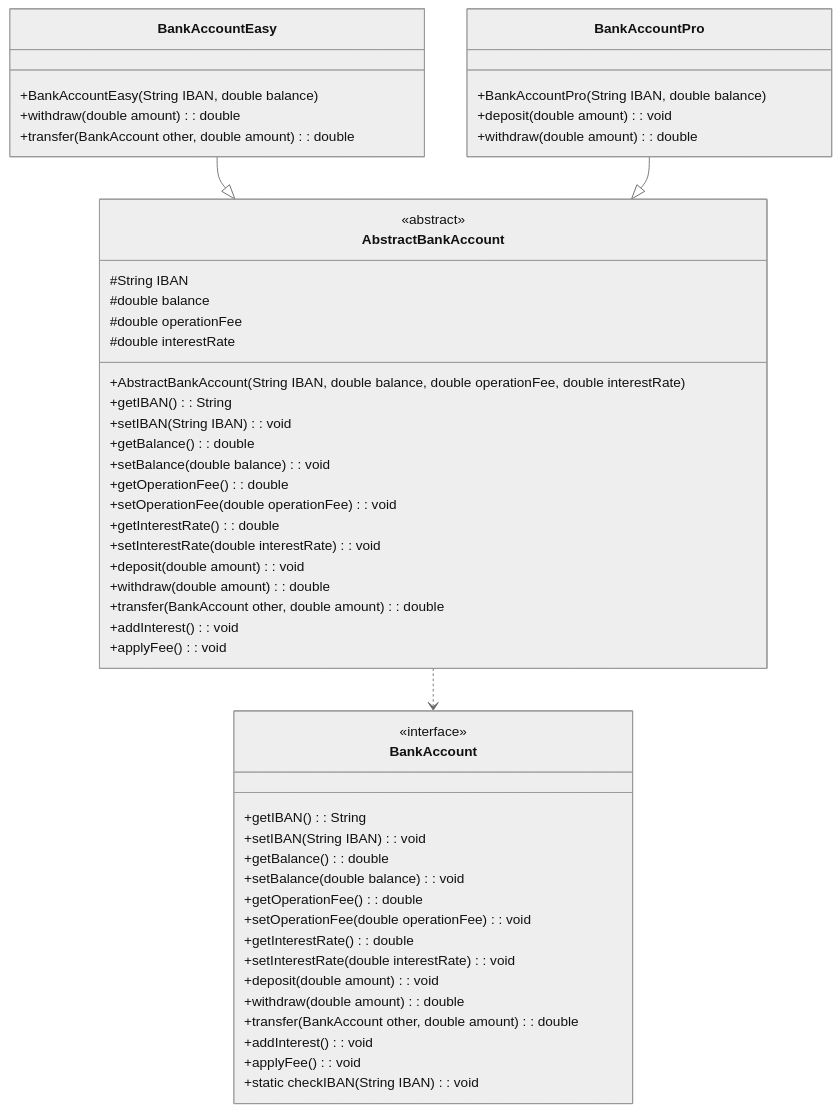
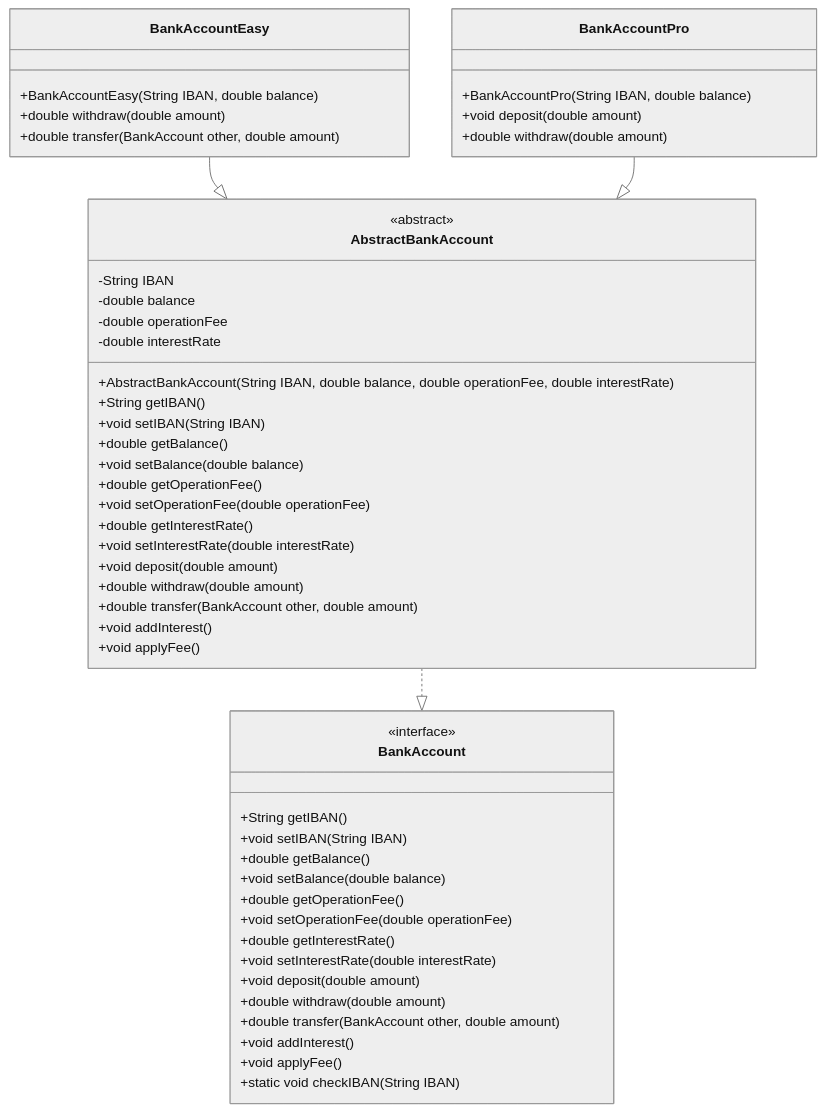
One commit to nbicocchi/learn-java-core changed the tenth of 13 diagrams in code/exercises/src/main/java/com/nbicocchi/exercises/oop/README.md. Above: the diagram before and after it, drawn with Mermaid (neutral theme).

````diff
--- a/code/exercises/src/main/java/com/nbicocchi/exercises/oop/README.md
+++ b/code/exercises/src/main/java/com/nbicocchi/exercises/oop/README.md
@@ -350,59 +350,58 @@
 ```mermaid
 classDiagram
-    
+class BankAccount {
+<<interface>>
++String getIBAN()
++void setIBAN(String IBAN)
++double getBalance()
++void setBalance(double balance)
++double getOperationFee()
++void setOperationFee(double operationFee)
++double getInterestRate()
++void setInterestRate(double interestRate)
++void deposit(double amount)
++double withdraw(double amount)
++double transfer(BankAccount other, double amount)
++void addInterest()
++void applyFee()
++static void checkIBAN(String IBAN)
+}
+
 class AbstractBankAccount {
     <<abstract>>
-#String IBAN
-#double balance
-#double operationFee
-#double interestRate
+-String IBAN
+-double balance
+-double operationFee
+-double interestRate
 +AbstractBankAccount(String IBAN, double balance, double operationFee, double interestRate)
-+getIBAN(): String
-+setIBAN(String IBAN): void
-+getBalance(): double
-+setBalance(double balance): void
-+getOperationFee(): double
-+setOperationFee(double operationFee): void
-+getInterestRate(): double
-+setInterestRate(double interestRate): void
-+deposit(double amount): void
-+withdraw(double amount): double
-+transfer(BankAccount other, double amount): double
-+addInterest(): void
-+applyFee(): void
-}
-
-class BankAccount {
-    <<interface>>
-+getIBAN(): String
-+setIBAN(String IBAN): void
-+getBalance(): double
-+setBalance(double balance): void
-+getOperationFee(): double
-+setOperationFee(double operationFee): void
-+getInterestRate(): double
-+setInterestRate(double interestRate): void
-+deposit(double amount): void
-+withdraw(double amount): double
-+transfer(BankAccount other, double amount): double
-+addInterest(): void
-+applyFee(): void
-+static checkIBAN(String IBAN) : void
++String getIBAN()
++void setIBAN(String IBAN)
++double getBalance()
++void setBalance(double balance)
++double getOperationFee()
++void setOperationFee(double operationFee)
++double getInterestRate()
++void setInterestRate(double interestRate)
++void deposit(double amount)
++double withdraw(double amount)
++double transfer(BankAccount other, double amount)
++void addInterest()
++void applyFee()
 }
 
 class BankAccountEasy {
 +BankAccountEasy(String IBAN, double balance)
-+withdraw(double amount): double
-+transfer(BankAccount other, double amount): double
++double withdraw(double amount)
++double transfer(BankAccount other, double amount)
 }
 
 class BankAccountPro {
 +BankAccountPro(String IBAN, double balance)
-+deposit(double amount): void
-+withdraw(double amount): double
++void deposit(double amount)
++double withdraw(double amount)
 }
 
-AbstractBankAccount  ..>  BankAccount
-BankAccountEasy  --|>  AbstractBankAccount
-BankAccountPro  --|>  AbstractBankAccount
+BankAccountEasy --|> AbstractBankAccount
+BankAccountPro --|> AbstractBankAccount
+AbstractBankAccount ..|> BankAccount
 ```
````
